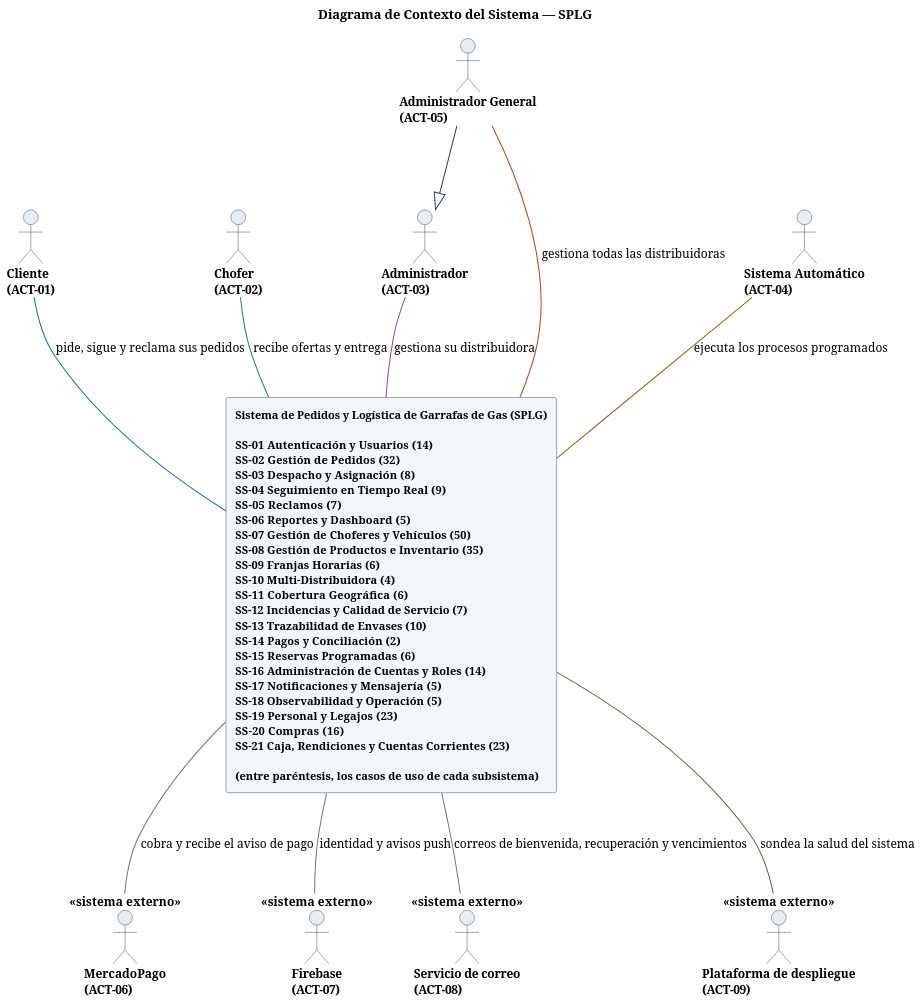
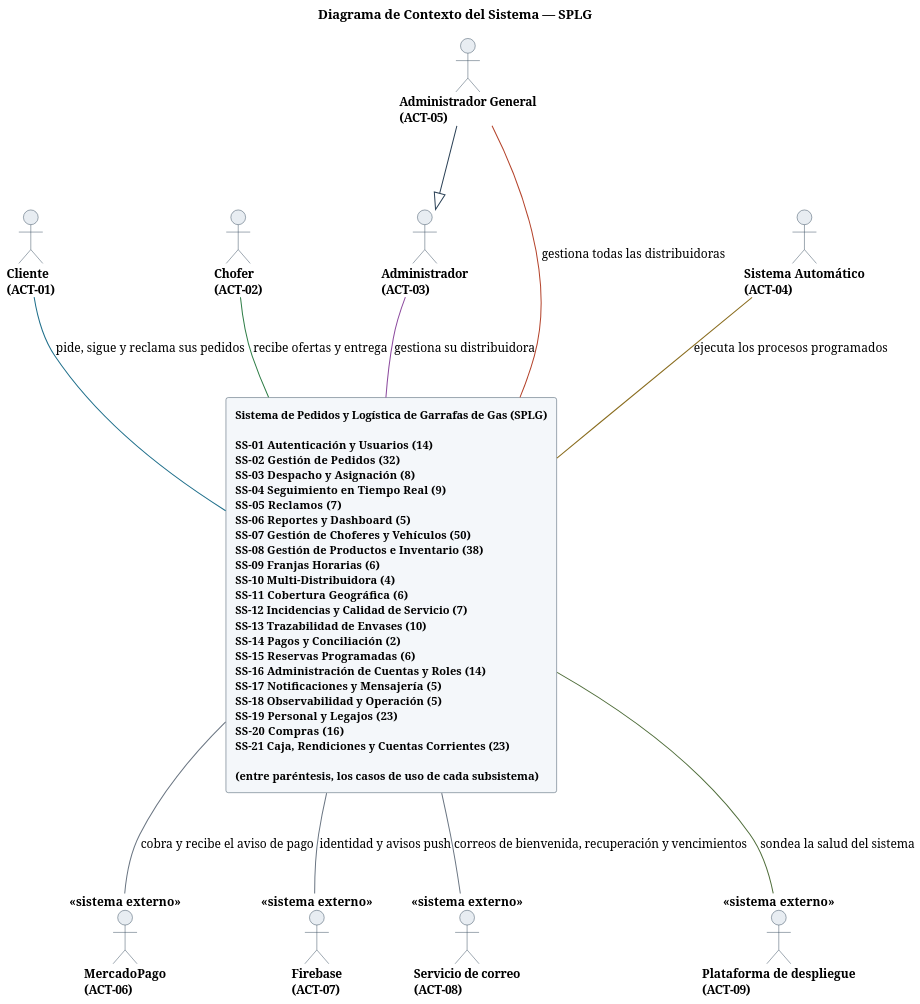
The diagram in diagramas/uml/CU_Sistema_Diagrama-De-Contexto.puml (Nahuelito-Dev/splg-docs), drawn with PlantUML before and after one commit. The commit also changed 389 other files, not shown here.

```diff
--- a/diagramas/uml/CU_Sistema_Diagrama-De-Contexto.puml
+++ b/diagramas/uml/CU_Sistema_Diagrama-De-Contexto.puml
@@ -1,59 +1,59 @@
 @startuml
 title Diagrama de Contexto del Sistema — SPLG
 skinparam backgroundColor #FFFFFF
 skinparam shadowing false
 skinparam defaultFontName Helvetica
 skinparam defaultFontSize 13
 skinparam dpi 150
 skinparam ArrowColor #2C4257
 skinparam ArrowThickness 1.1
 skinparam actor {
   BorderColor #2C4257
   BackgroundColor #E8EDF2
   FontSize 13
   FontStyle bold
 }
 skinparam usecase {
   BorderColor #2C4257
   BackgroundColor #FFFFFF
   FontSize 12
 }
 skinparam rectangle {
   BorderColor #6B7683
   FontSize 14
   FontStyle bold
 }
 
 skinparam nodesep 14
 skinparam ranksep 90
 skinparam rectangle {
   BorderColor #2C4257
   FontSize 12
 }
 
 actor "Cliente\n(ACT-01)" as A01
 actor "Chofer\n(ACT-02)" as A02
 actor "Administrador\n(ACT-03)" as A03
 actor "Administrador General\n(ACT-05)" as A05
 actor "Sistema Automático\n(ACT-04)" as A04
 actor "MercadoPago\n(ACT-06)" as A06 <<sistema externo>>
 actor "Firebase\n(ACT-07)" as A07 <<sistema externo>>
 actor "Servicio de correo\n(ACT-08)" as A08 <<sistema externo>>
 actor "Plataforma de despliegue\n(ACT-09)" as A09 <<sistema externo>>
 
-rectangle "**Sistema de Pedidos y Logística de Garrafas de Gas (SPLG)**\n\nSS-01  Autenticación y Usuarios  (14)\nSS-02  Gestión de Pedidos  (32)\nSS-03  Despacho y Asignación  (8)\nSS-04  Seguimiento en Tiempo Real  (9)\nSS-05  Reclamos  (7)\nSS-06  Reportes y Dashboard  (5)\nSS-07  Gestión de Choferes y Vehículos  (50)\nSS-08  Gestión de Productos e Inventario  (35)\nSS-09  Franjas Horarias  (6)\nSS-10  Multi-Distribuidora  (4)\nSS-11  Cobertura Geográfica  (6)\nSS-12  Incidencias y Calidad de Servicio  (7)\nSS-13  Trazabilidad de Envases  (10)\nSS-14  Pagos y Conciliación  (2)\nSS-15  Reservas Programadas  (6)\nSS-16  Administración de Cuentas y Roles  (14)\nSS-17  Notificaciones y Mensajería  (5)\nSS-18  Observabilidad y Operación  (5)\nSS-19  Personal y Legajos  (23)\nSS-20  Compras  (16)\nSS-21  Caja, Rendiciones y Cuentas Corrientes  (23)\n\n(entre paréntesis, los casos de uso de cada subsistema)" as LIMITE #back:F4F7FA;line:2C4257
+rectangle "**Sistema de Pedidos y Logística de Garrafas de Gas (SPLG)**\n\nSS-01  Autenticación y Usuarios  (14)\nSS-02  Gestión de Pedidos  (32)\nSS-03  Despacho y Asignación  (8)\nSS-04  Seguimiento en Tiempo Real  (9)\nSS-05  Reclamos  (7)\nSS-06  Reportes y Dashboard  (5)\nSS-07  Gestión de Choferes y Vehículos  (50)\nSS-08  Gestión de Productos e Inventario  (38)\nSS-09  Franjas Horarias  (6)\nSS-10  Multi-Distribuidora  (4)\nSS-11  Cobertura Geográfica  (6)\nSS-12  Incidencias y Calidad de Servicio  (7)\nSS-13  Trazabilidad de Envases  (10)\nSS-14  Pagos y Conciliación  (2)\nSS-15  Reservas Programadas  (6)\nSS-16  Administración de Cuentas y Roles  (14)\nSS-17  Notificaciones y Mensajería  (5)\nSS-18  Observabilidad y Operación  (5)\nSS-19  Personal y Legajos  (23)\nSS-20  Compras  (16)\nSS-21  Caja, Rendiciones y Cuentas Corrientes  (23)\n\n(entre paréntesis, los casos de uso de cada subsistema)" as LIMITE #back:F4F7FA;line:2C4257
 
 A01 -[#1F6F8B]down- LIMITE : pide, sigue y reclama sus pedidos
 A02 -[#2E7D46]down- LIMITE : recibe ofertas y entrega
 A03 -[#8C4A9E]down- LIMITE : gestiona su distribuidora
 A05 -[#B4432B]down- LIMITE : gestiona todas las distribuidoras
 A04 -[#8A6D1F]down- LIMITE : ejecuta los procesos programados
 
 LIMITE -[#6B7683]down- A06 : cobra y recibe el aviso de pago
 LIMITE -[#6B7683]down- A07 : identidad y avisos push
 LIMITE -[#6B7683]down- A08 : correos de bienvenida, recuperación y vencimientos
 LIMITE -[#4F6D3A]down- A09 : sondea la salud del sistema
 
 A05 -down-|> A03
 
 @enduml
```
